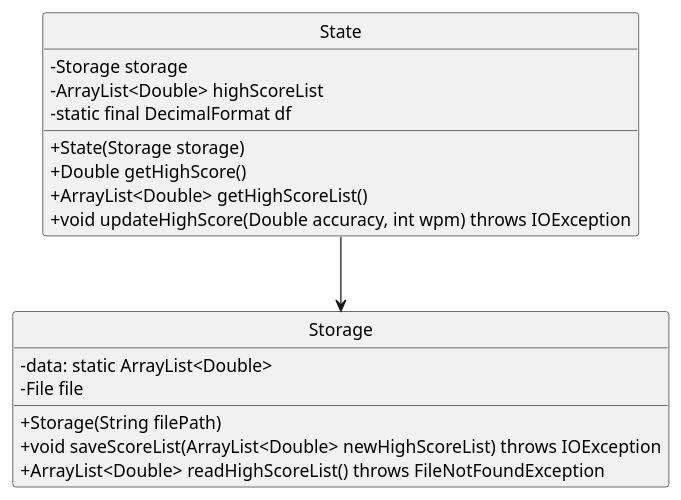
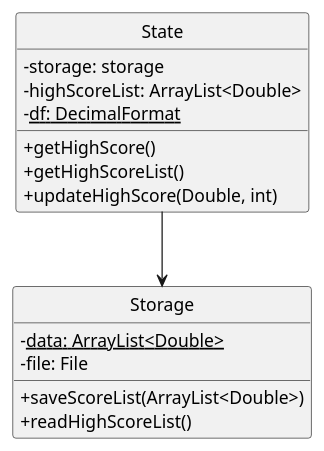
Before and after one commit to AY2425S2-CS2113-F13-2/tp: the diagram in docs/diagrams/StateClassDiagram.puml, drawn with PlantUML. The commit also changed 1 other file, not shown here.

Commit message:
Fix class diagram

```diff
--- a/docs/diagrams/StateClassDiagram.puml
+++ b/docs/diagrams/StateClassDiagram.puml
@@ -1,24 +1,22 @@
 @startuml
 hide circle
 skinparam classAttributeIconSize 0
 
 class Storage {
-    - data: static ArrayList<Double>
-    - File file
-    + Storage(String filePath)
-    + void saveScoreList(ArrayList<Double> newHighScoreList) throws IOException
-    + ArrayList<Double> readHighScoreList() throws FileNotFoundException
+    - <u>data: ArrayList<Double>
+    - file: File
+    + saveScoreList(ArrayList<Double>)
+    + readHighScoreList()
 }
 
 class State {
-    - Storage storage
-    - ArrayList<Double> highScoreList
-    - static final DecimalFormat df
-    + State(Storage storage)
-    + Double getHighScore()
-    + ArrayList<Double> getHighScoreList()
-    + void updateHighScore(Double accuracy, int wpm) throws IOException
+    - storage: storage
+    - highScoreList: ArrayList<Double>
+    - <u>df: DecimalFormat
+    + getHighScore()
+    + getHighScoreList()
+    + updateHighScore(Double, int)
 }
 
 State --> Storage
 @enduml
```
